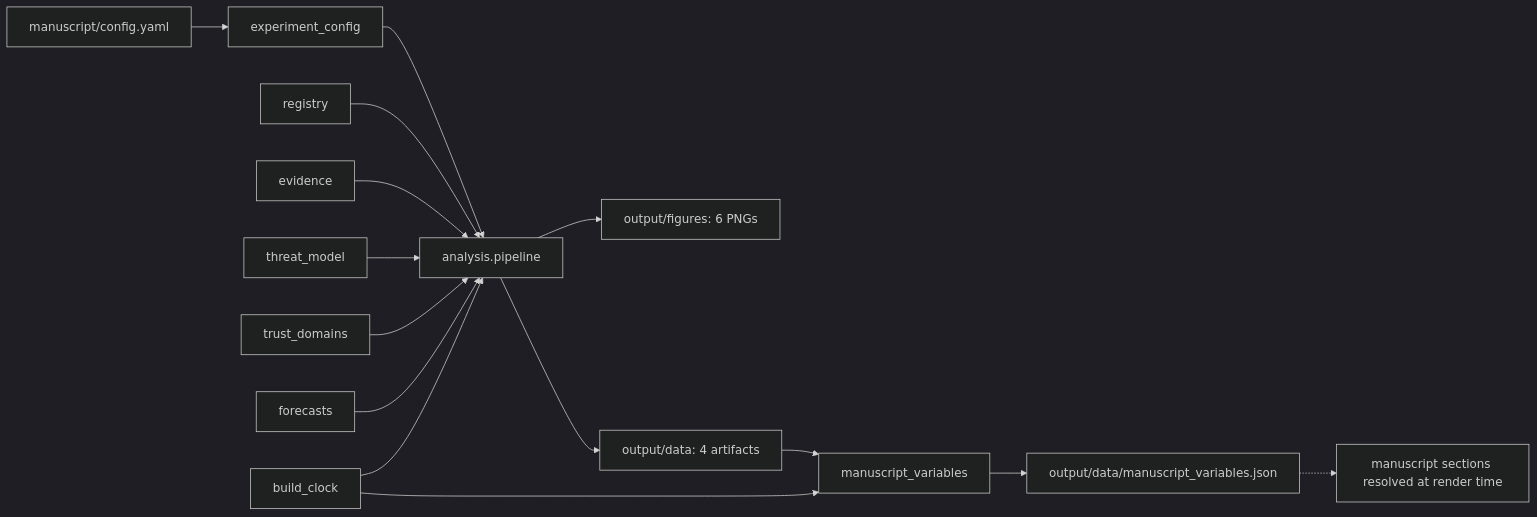
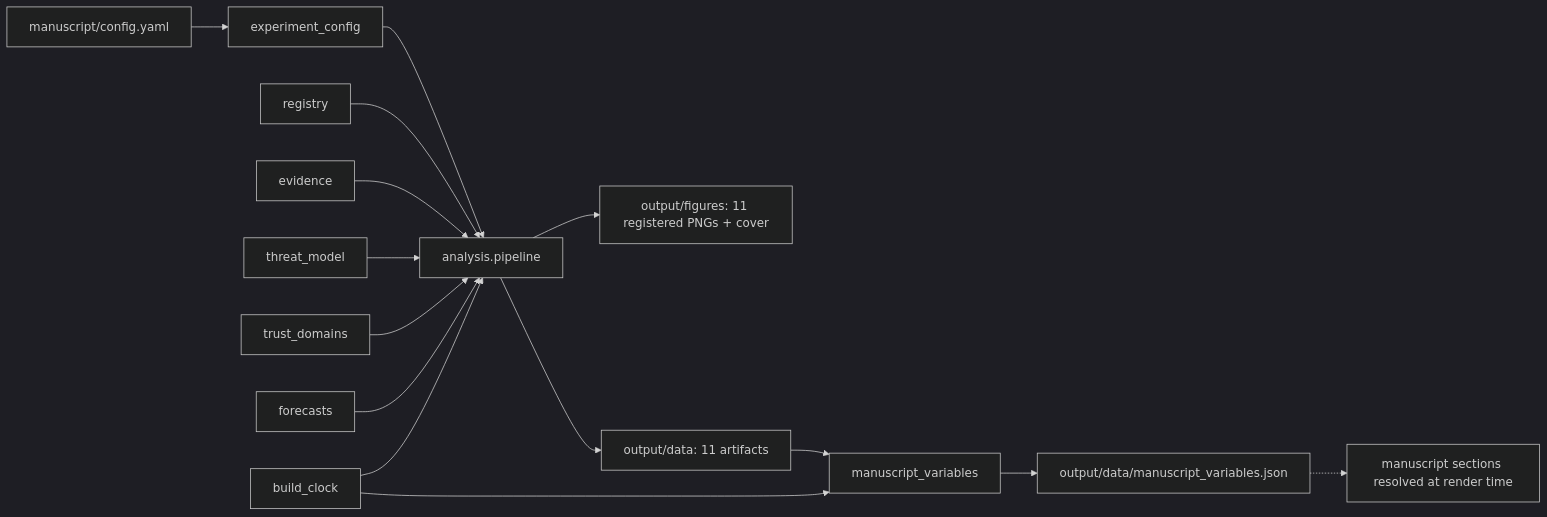
Before and after one commit to docxology/agentic_os_security: the diagram in docs/architecture.md, drawn with Mermaid (dark theme). The commit also changed other lines of this file and 146 other files, not shown here.

````diff
--- a/docs/architecture.md
+++ b/docs/architecture.md
@@ -33,17 +33,17 @@
 ```mermaid
 graph LR
     CFG[manuscript/config.yaml] --> EC[experiment_config]
     EC --> AN[analysis.pipeline]
     REG[registry] --> AN
     EV[evidence] --> AN
     TM[threat_model] --> AN
     TD[trust_domains] --> AN
     FC[forecasts] --> AN
-    AN --> OUT[output/figures: 6 PNGs]
-    AN --> OUTD[output/data: 4 artifacts]
+    AN --> OUT[output/figures: 11 registered PNGs + cover]
+    AN --> OUTD[output/data: 11 artifacts]
     OUTD --> MV[manuscript_variables]
     MV --> OUTV[output/data/manuscript_variables.json]
     OUTV -.-> M[manuscript sections resolved at render time]
     BC[build_clock] --> AN
     BC --> MV
 ```
````
